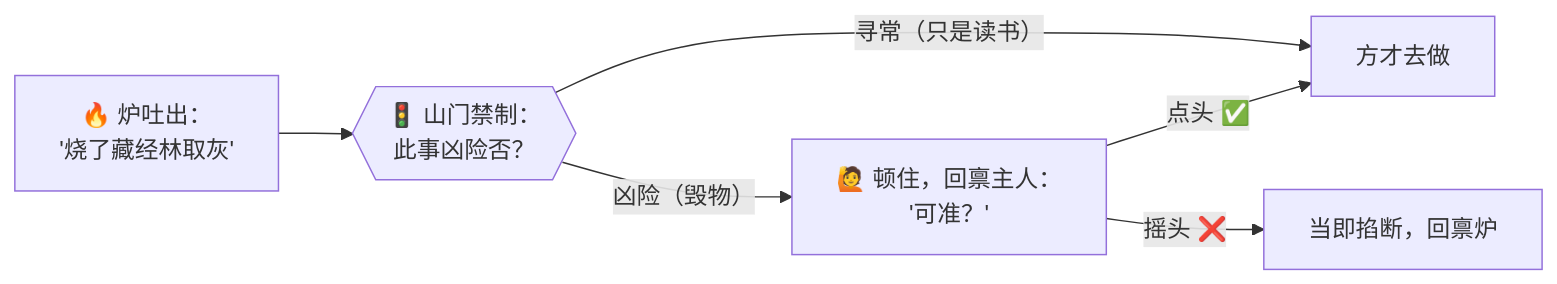
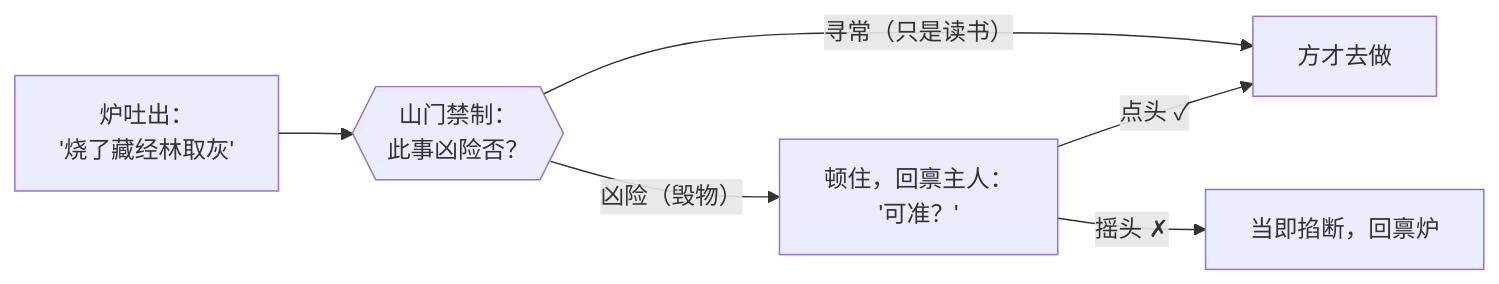
The fourth of 4 diagrams in docs/09_STORY_修仙学AI/STORY-番外/[STORY-番外-102] 番外03·护道法阵·御炉真章.md (luckykhy/KhyAiHub), drawn with Mermaid before and after one commit. The commit also changed other lines of this file and 19 other files, not shown here.

````diff
--- a/docs/09_STORY_修仙学AI/STORY-番外/[STORY-番外-102] 番外03·护道法阵·御炉真章.md
+++ b/docs/09_STORY_修仙学AI/STORY-番外/[STORY-番外-102] 番外03·护道法阵·御炉真章.md
@@ -165,8 +165,8 @@
 ```mermaid
 flowchart LR
-  FURN["🔥 炉吐出：<br/>'烧了藏经林取灰'"] --> GATE{{"🚦 山门禁制：<br/>此事凶险否？"}}
-  GATE -->|"凶险（毁物）"| ASK["🙋 顿住，回禀主人：<br/>'可准？'"]
-  ASK -->|"点头 ✅"| GO["方才去做"]
-  ASK -->|"摇头 ❌"| STOP["当即掐断，回禀炉"]
+  FURN["炉吐出：<br/>'烧了藏经林取灰'"] --> GATE{{"山门禁制：<br/>此事凶险否？"}}
+  GATE -->|"凶险（毁物）"| ASK["顿住，回禀主人：<br/>'可准？'"]
+  ASK -->|"点头 ✓"| GO["方才去做"]
+  ASK -->|"摇头 ✗"| STOP["当即掐断，回禀炉"]
   GATE -->|"寻常（只是读书）"| GO
 ```
````
